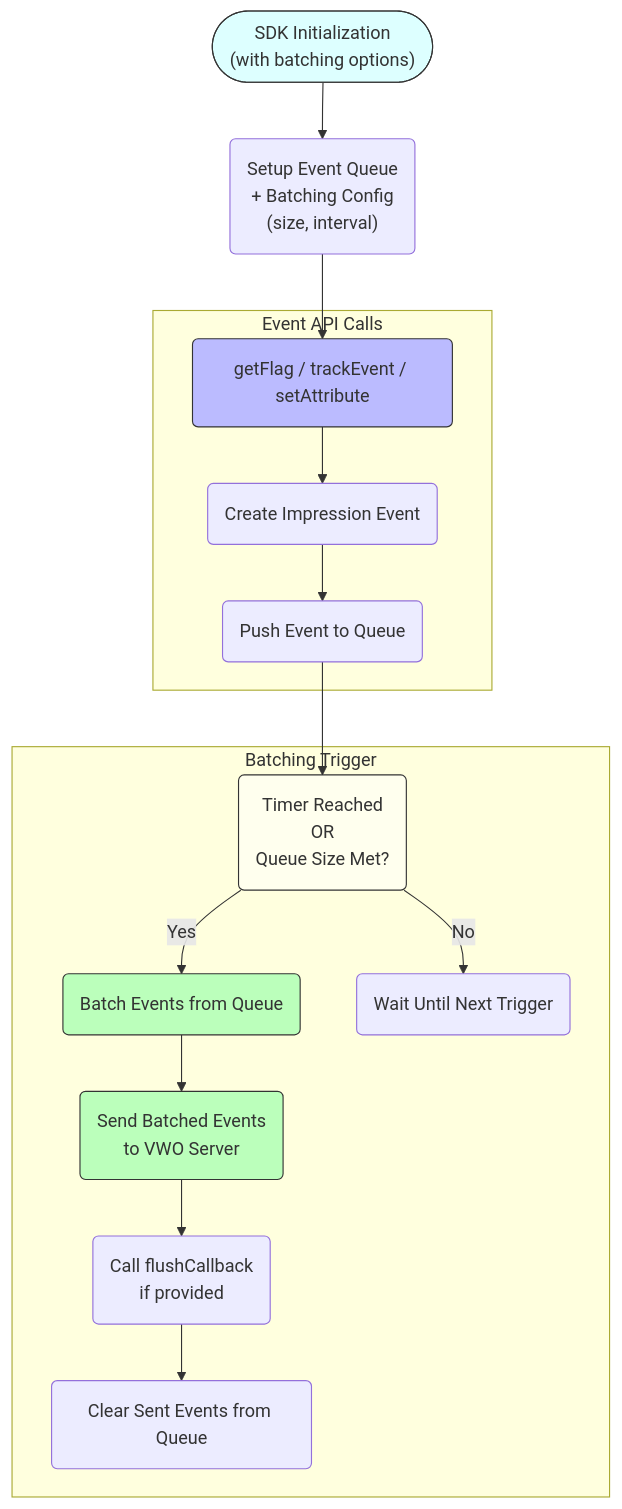
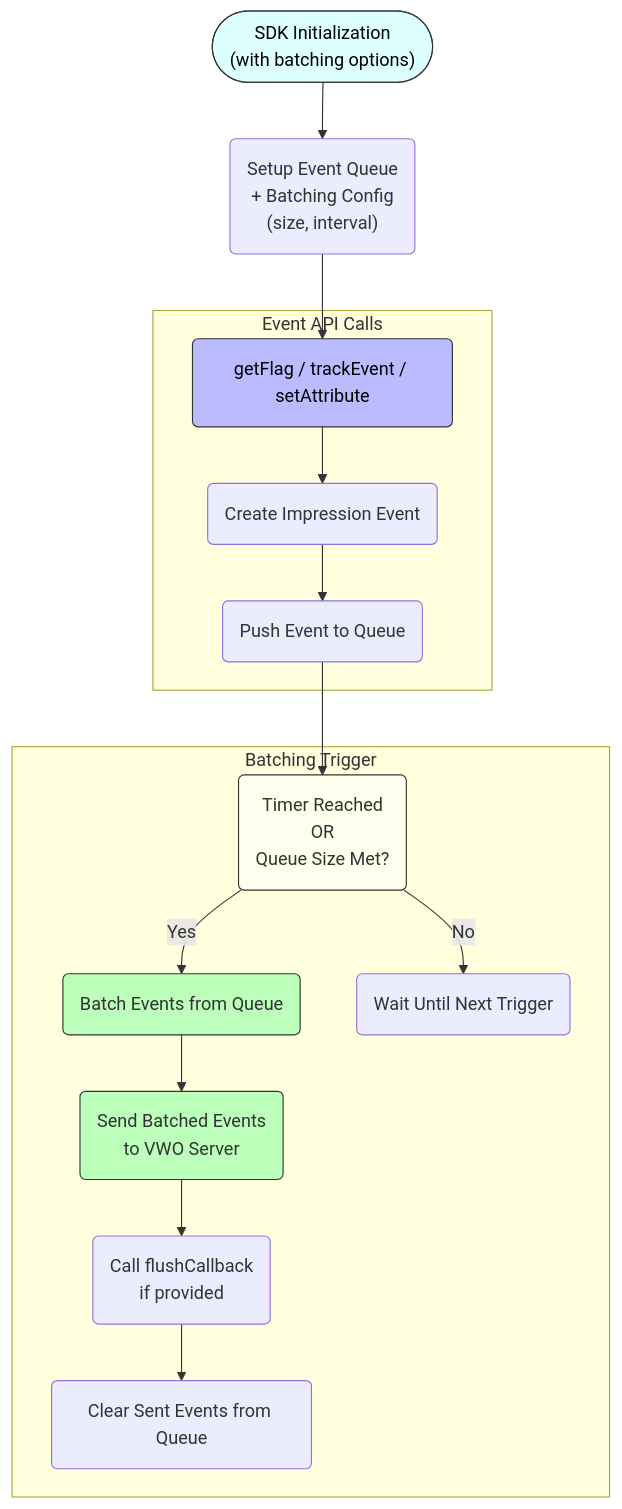
The second of 3 diagrams in docs/SDK Reference/fme-sdks-working.md (wingify/readme-central), drawn with Mermaid before and after one commit.

Commit message:
Update doc `fme-sdks-working`

````diff
--- a/docs/SDK Reference/fme-sdks-working.md
+++ b/docs/SDK Reference/fme-sdks-working.md
@@ -103,28 +103,34 @@
 ```mermaid
 flowchart TD
     A0(["SDK Initialization<br/>(with batching options)"]) --> A1("Setup Event Queue<br/>+ Batching Config<br/>(size, interval)")
     
     subgraph Event API Calls
         A2("getFlag / trackEvent / setAttribute") --> A3("Create Impression Event")
         A3 --> A4("Push Event to Queue")
     end
 
     A1 --> A2
 
     subgraph Batching Trigger
         B1("Timer Reached<br/>OR<br/>Queue Size Met?")
         A4 --> B1
         B1 -- Yes --> B2("Batch Events from Queue")
         B2 --> B3("Send Batched Events<br/>to VWO Server")
         B3 --> B4("Call flushCallback<br/>if provided")
         B4 --> B5("Clear Sent Events from Queue")
         B1 -- No --> C1("Wait Until Next Trigger")
     end
+    
+    %% Assign classes
+    class A0 init
+    class A2 apis
 
-    style A0 fill:#dff,stroke:#333,stroke-width:1px
-    style A2 fill:#bbf,stroke:#333
+    %% Define styles
+    classDef init fill:#dff,stroke:#333,stroke-width:1px,color:#000
+    classDef apis fill:#bbf,stroke:#333,color:#000
+
     style B2 fill:#bfb,stroke:#333
     style B3 fill:#bfb,stroke:#333
     style B1 fill:#ffe,stroke:#333
 
 ```
````
